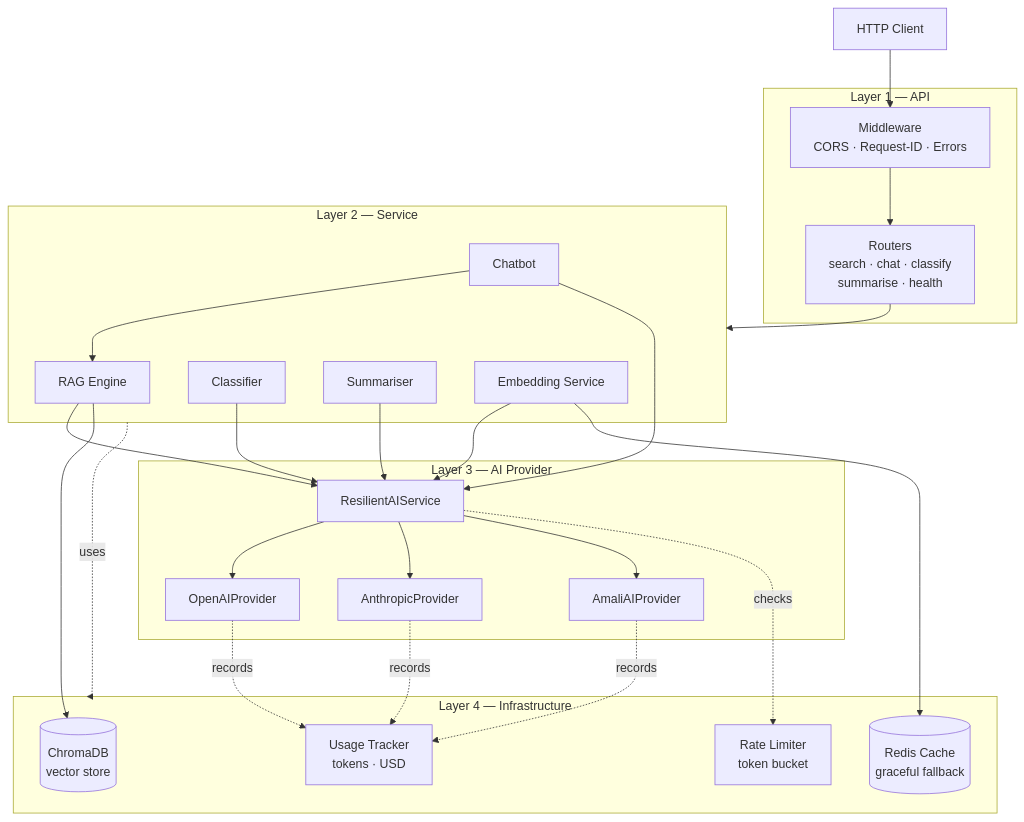
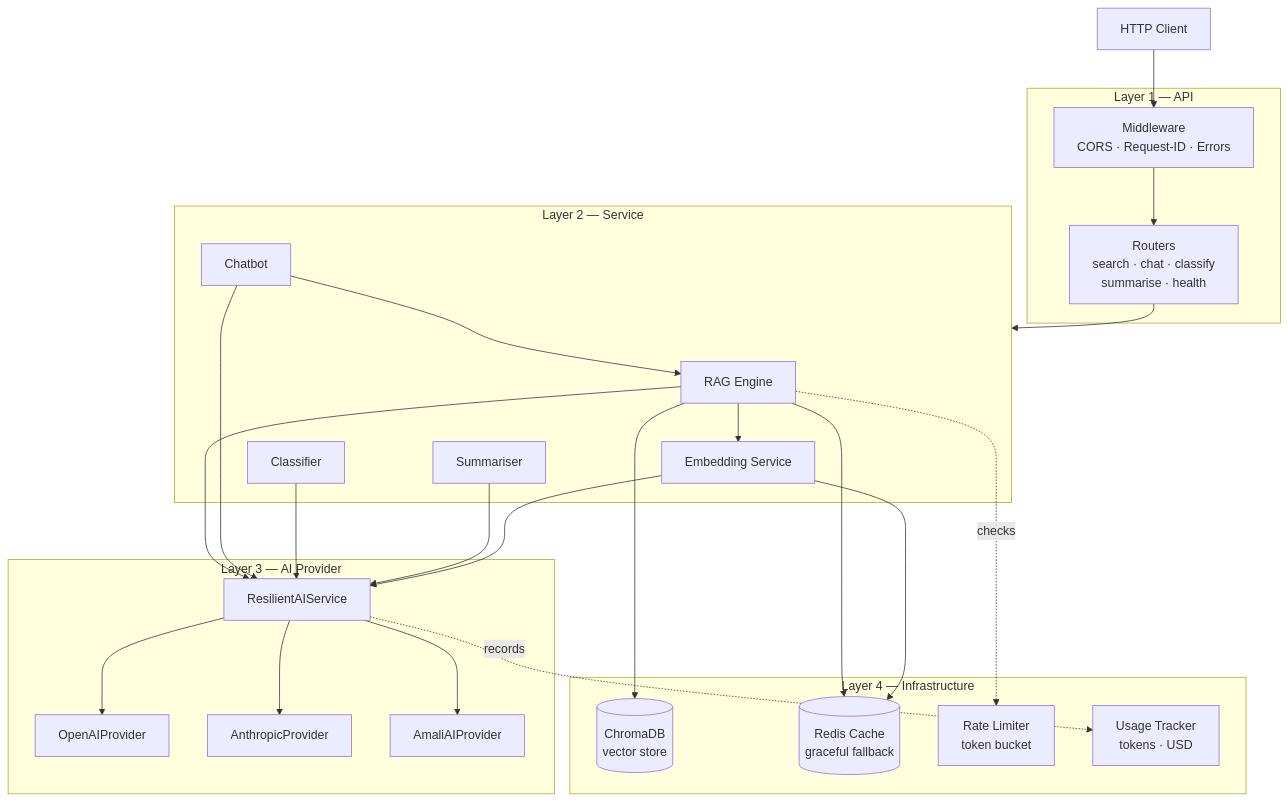
The first of 2 diagrams in docs/ARCHITECTURE.md (Calebgisa72/library-mind), drawn with Mermaid before and after one commit. The commit also changed other lines of this file and 11 other files, not shown here.

````diff
--- a/docs/ARCHITECTURE.md
+++ b/docs/ARCHITECTURE.md
@@ -13,50 +20,48 @@
 ```mermaid
 flowchart TD
     Client[HTTP Client] --> Mw
 
     subgraph API["Layer 1 — API"]
         Mw[Middleware<br/>CORS · Request-ID · Errors] --> Routers
         Routers[Routers<br/>search · chat · classify<br/>summarise · health]
     end
 
     Routers --> Services
 
     subgraph Services["Layer 2 — Service"]
         RAG[RAG Engine]
         Chat[Chatbot]
         Classify[Classifier]
         Summ[Summariser]
         Embed[Embedding Service]
     end
 
+    Chat --> RAG
+    RAG --> Embed
     RAG --> Resilient
-    Chat --> RAG
     Chat --> Resilient
     Classify --> Resilient
     Summ --> Resilient
     Embed --> Resilient
 
     subgraph Providers["Layer 3 — AI Provider"]
         Resilient[ResilientAIService]
         Resilient --> P_OpenAI[OpenAIProvider]
         Resilient --> P_Anthropic[AnthropicProvider]
         Resilient --> P_AmaliAI[AmaliAIProvider]
     end
 
     RAG --> VS
+    RAG --> Cache
     Embed --> Cache
-
-    Services -.uses.-> Infra
 
     subgraph Infra["Layer 4 — Infrastructure"]
         Cache[(Redis Cache<br/>graceful fallback)]
         RL[Rate Limiter<br/>token bucket]
         UT[Usage Tracker<br/>tokens · USD]
         VS[(ChromaDB<br/>vector store)]
     end
 
-    P_OpenAI -.records.-> UT
-    P_Anthropic -.records.-> UT
-    P_AmaliAI -.records.-> UT
-    Resilient -.checks.-> RL
+    RAG -.checks.-> RL
+    Resilient -.records.-> UT
 ```
````
